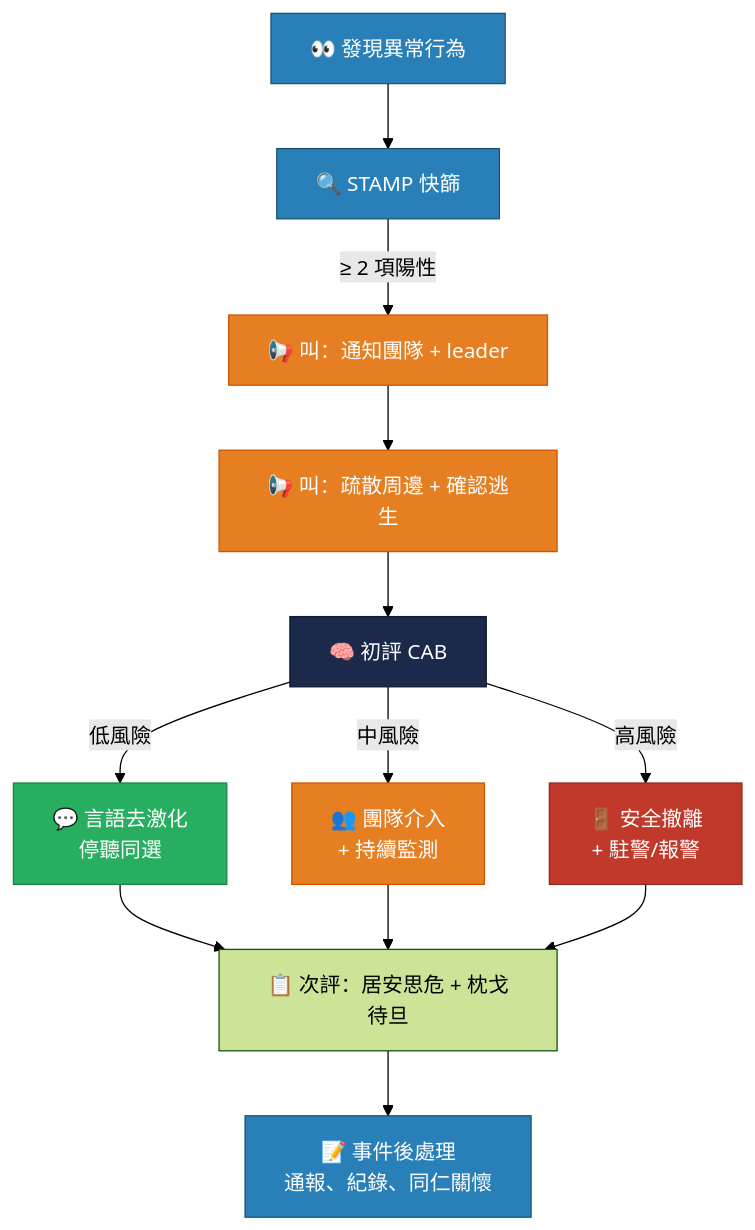
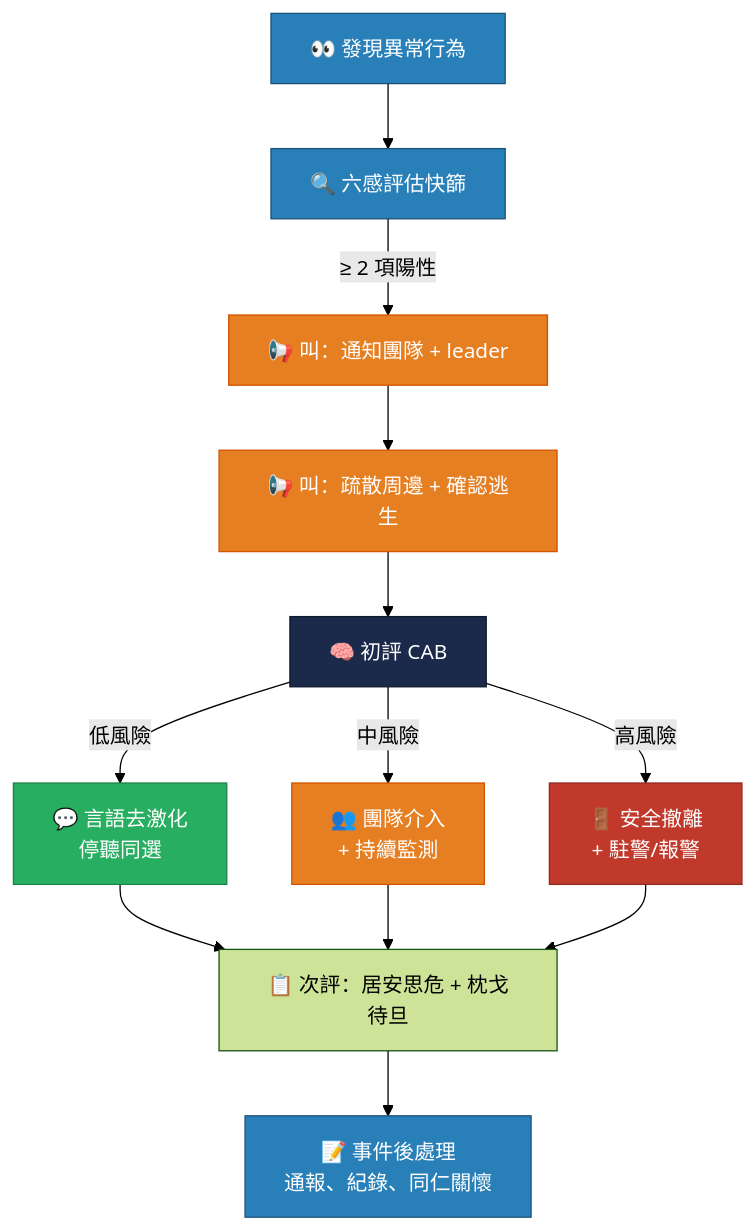
The third of 3 diagrams in web/slides/S-M01.md (sniperHK/NTUH_OutpatientxCIT_AG), drawn with Mermaid (forest theme) before and after one commit. The commit also changed other lines of this file and 14 other files, not shown here.

````diff
--- a/web/slides/S-M01.md
+++ b/web/slides/S-M01.md
@@ -362,24 +376,24 @@
 ```mermaid
 graph TD
-    A["👀 發現異常行為"] --> B["🔍 STAMP 快篩"]
+    A["👀 發現異常行為"] --> B["🔍 六感評估快篩"]
     B --> |"≥ 2 項陽性"| C["📢 叫：通知團隊 + leader"]
     C --> D["📢 叫：疏散周邊 + 確認逃生"]
     D --> E["🧠 初評 CAB"]
     E --> |"低風險"| F["💬 言語去激化<br/>停聽同選"]
     E --> |"中風險"| G["👥 團隊介入<br/>+ 持續監測"]
     E --> |"高風險"| H["🚪 安全撤離<br/>+ 駐警/報警"]
     F --> I["📋 次評：居安思危 + 枕戈待旦"]
     G --> I
     H --> I
     I --> J["📝 事件後處理<br/>通報、紀錄、同仁關懷"]
 
     style A fill:#2980B9,stroke:#1a5276,color:#fff
     style B fill:#2980B9,stroke:#1a5276,color:#fff
     style C fill:#E67E22,stroke:#d35400,color:#fff
     style D fill:#E67E22,stroke:#d35400,color:#fff
     style E fill:#1B2A4A,stroke:#0e1a2e,color:#fff
     style F fill:#27AE60,stroke:#1e8449,color:#fff
     style G fill:#E67E22,stroke:#d35400,color:#fff
     style H fill:#C0392B,stroke:#922b21,color:#fff
     style J fill:#2980B9,stroke:#1a5276,color:#fff
 ```
````
